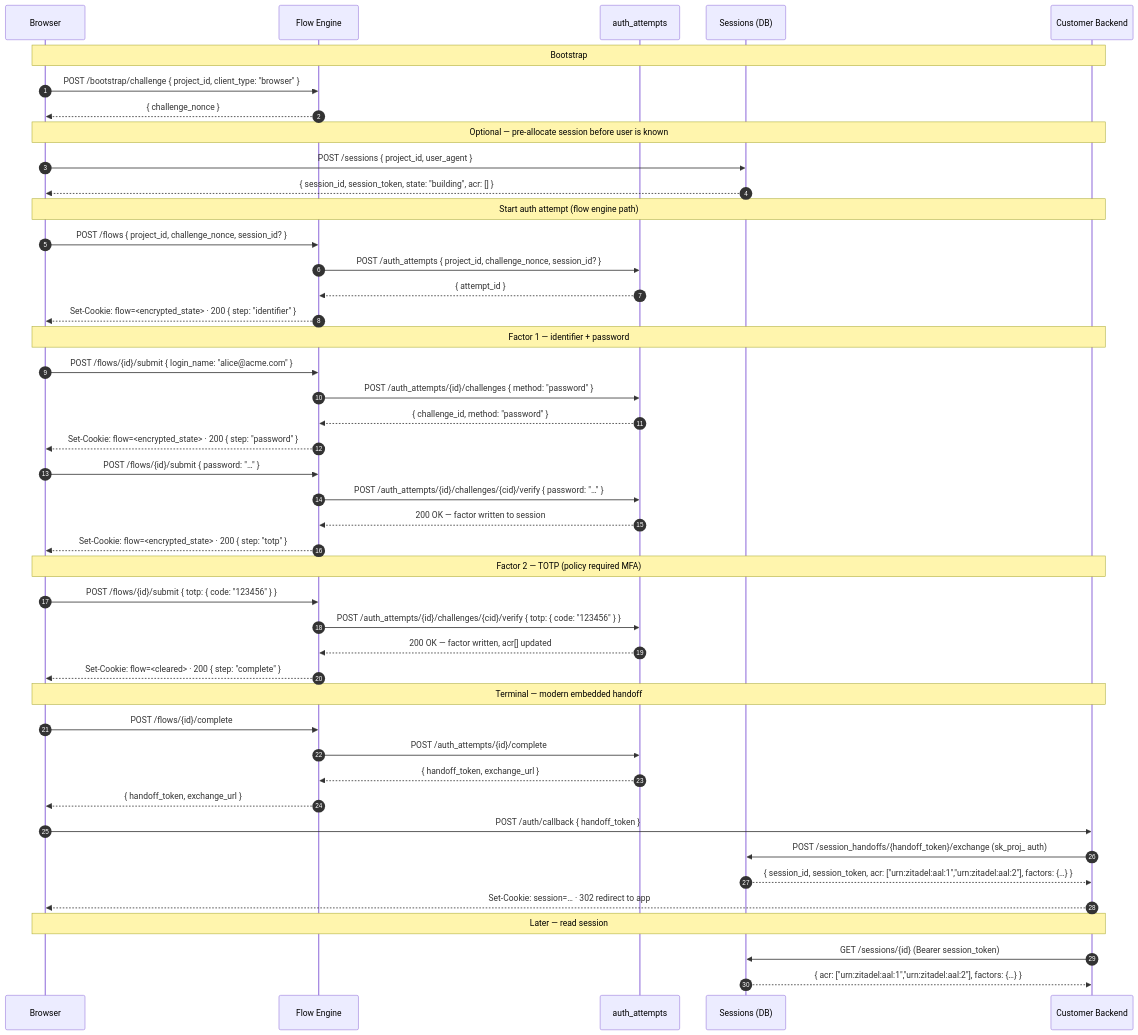
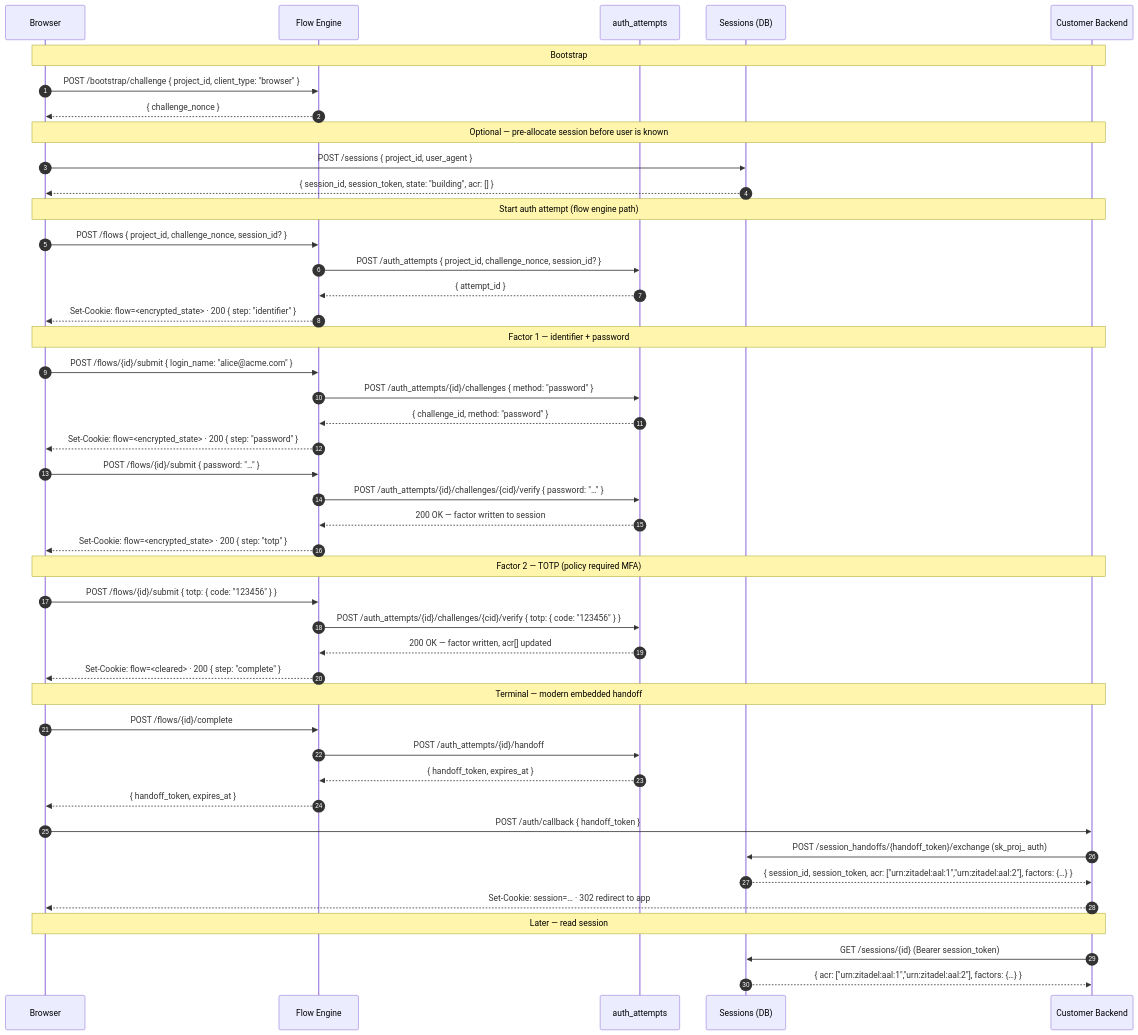
The first of 4 diagrams in docs/design/api/authn-and-auth-flows.md (zitadel/nextgen), drawn with Mermaid before and after one commit. The commit also changed other lines of this file and 4 other files, not shown here.

Commit message:
docs(design): update session and flow interaction

````diff
--- a/docs/design/api/authn-and-auth-flows.md
+++ b/docs/design/api/authn-and-auth-flows.md
@@ -156,62 +153,62 @@
 ```mermaid
 sequenceDiagram
     autonumber
     participant Browser
     participant FlowEngine as Flow Engine
     participant AuthAttempts as auth_attempts
     participant SessionDB as Sessions (DB)
     participant CustomerBackend as Customer Backend
 
     Note over Browser,CustomerBackend: Bootstrap
 
     Browser->>FlowEngine: POST /bootstrap/challenge { project_id, client_type: "browser" }
     FlowEngine-->>Browser: { challenge_nonce }
 
     Note over Browser,CustomerBackend: Optional — pre-allocate session before user is known
 
     Browser->>SessionDB: POST /sessions { project_id, user_agent }
     SessionDB-->>Browser: { session_id, session_token, state: "building", acr: [] }
 
     Note over Browser,CustomerBackend: Start auth attempt (flow engine path)
 
     Browser->>FlowEngine: POST /flows { project_id, challenge_nonce, session_id? }
     FlowEngine->>AuthAttempts: POST /auth_attempts { project_id, challenge_nonce, session_id? }
     AuthAttempts-->>FlowEngine: { attempt_id }
     FlowEngine-->>Browser: Set-Cookie: flow=<encrypted_state> · 200 { step: "identifier" }
 
     Note over Browser,CustomerBackend: Factor 1 — identifier + password
 
     Browser->>FlowEngine: POST /flows/{id}/submit { login_name: "alice@acme.com" }
     FlowEngine->>AuthAttempts: POST /auth_attempts/{id}/challenges { method: "password" }
     AuthAttempts-->>FlowEngine: { challenge_id, method: "password" }
     FlowEngine-->>Browser: Set-Cookie: flow=<encrypted_state> · 200 { step: "password" }
 
     Browser->>FlowEngine: POST /flows/{id}/submit { password: "…" }
     FlowEngine->>AuthAttempts: POST /auth_attempts/{id}/challenges/{cid}/verify { password: "…" }
     AuthAttempts-->>FlowEngine: 200 OK — factor written to session
     FlowEngine-->>Browser: Set-Cookie: flow=<encrypted_state> · 200 { step: "totp" }
 
     Note over Browser,CustomerBackend: Factor 2 — TOTP (policy required MFA)
 
     Browser->>FlowEngine: POST /flows/{id}/submit { totp: { code: "123456" } }
     FlowEngine->>AuthAttempts: POST /auth_attempts/{id}/challenges/{cid}/verify { totp: { code: "123456" } }
     AuthAttempts-->>FlowEngine: 200 OK — factor written, acr[] updated
     FlowEngine-->>Browser: Set-Cookie: flow=<cleared> · 200 { step: "complete" }
 
     Note over Browser,CustomerBackend: Terminal — modern embedded handoff
 
     Browser->>FlowEngine: POST /flows/{id}/complete
-    FlowEngine->>AuthAttempts: POST /auth_attempts/{id}/complete
-    AuthAttempts-->>FlowEngine: { handoff_token, exchange_url }
-    FlowEngine-->>Browser: { handoff_token, exchange_url }
+    FlowEngine->>AuthAttempts: POST /auth_attempts/{id}/handoff
+    AuthAttempts-->>FlowEngine: { handoff_token, expires_at }
+    FlowEngine-->>Browser: { handoff_token, expires_at }
 
     Browser->>CustomerBackend: POST /auth/callback { handoff_token }
     CustomerBackend->>SessionDB: POST /session_handoffs/{handoff_token}/exchange (sk_proj_ auth)
     SessionDB-->>CustomerBackend: { session_id, session_token, acr: ["urn:zitadel:aal:1","urn:zitadel:aal:2"], factors: {…} }
     CustomerBackend-->>Browser: Set-Cookie: session=… · 302 redirect to app
 
     Note over Browser,CustomerBackend: Later — read session
 
     CustomerBackend->>SessionDB: GET /sessions/{id} (Bearer session_token)
     SessionDB-->>CustomerBackend: { acr: ["urn:zitadel:aal:1","urn:zitadel:aal:2"], factors: {…} }
 ```
````
